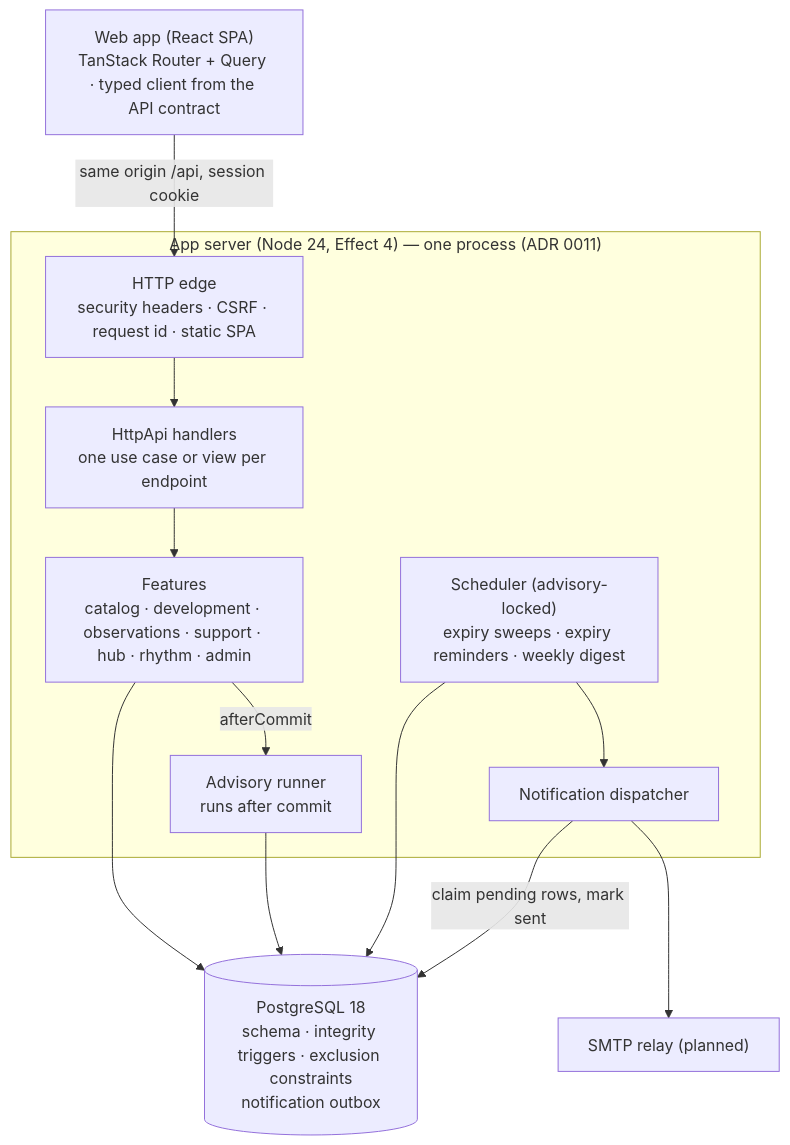
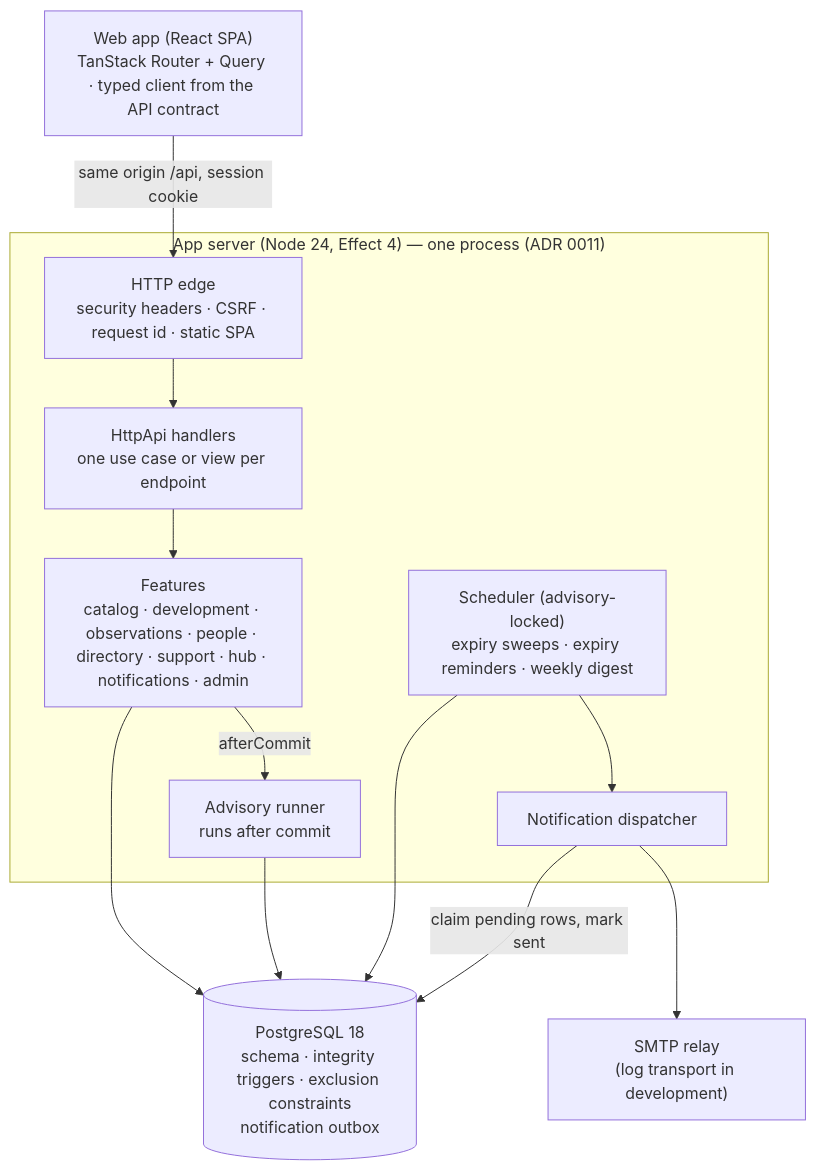
Before and after one commit to brandonbryant12/project-x: the second of 9 diagrams in docs/architecture/overview.md, drawn with Mermaid. The commit also changed other lines of this file and 16 other files, not shown here.

````diff
--- a/docs/architecture/overview.md
+++ b/docs/architecture/overview.md
@@ -36,20 +33,20 @@
 ```mermaid
 flowchart TB
   browser["Web app (React SPA)<br/>TanStack Router + Query · typed client from the API contract"]
   subgraph server["App server (Node 24, Effect 4) — one process (ADR 0011)"]
     edge["HTTP edge<br/>security headers · CSRF · request id · static SPA"]
     api["HttpApi handlers<br/>one use case or view per endpoint"]
-    feat["Features<br/>catalog · development · observations · support · hub · rhythm · admin"]
+    feat["Features<br/>catalog · development · observations · people · directory · support · hub · notifications · admin"]
     adv["Advisory runner<br/>runs after commit"]
     sched["Scheduler (advisory-locked)<br/>expiry sweeps · expiry reminders · weekly digest"]
     disp["Notification dispatcher"]
   end
   pg[("PostgreSQL 18<br/>schema · integrity triggers · exclusion constraints<br/>notification outbox")]
-  smtp["SMTP relay (planned)"]
+  smtp["SMTP relay<br/>(log transport in development)"]
   browser -->|same origin /api, session cookie| edge --> api --> feat --> pg
   feat -->|afterCommit| adv --> pg
   sched --> pg
   sched --> disp
   disp -->|claim pending rows, mark sent| pg
   disp --> smtp
 ```
````
